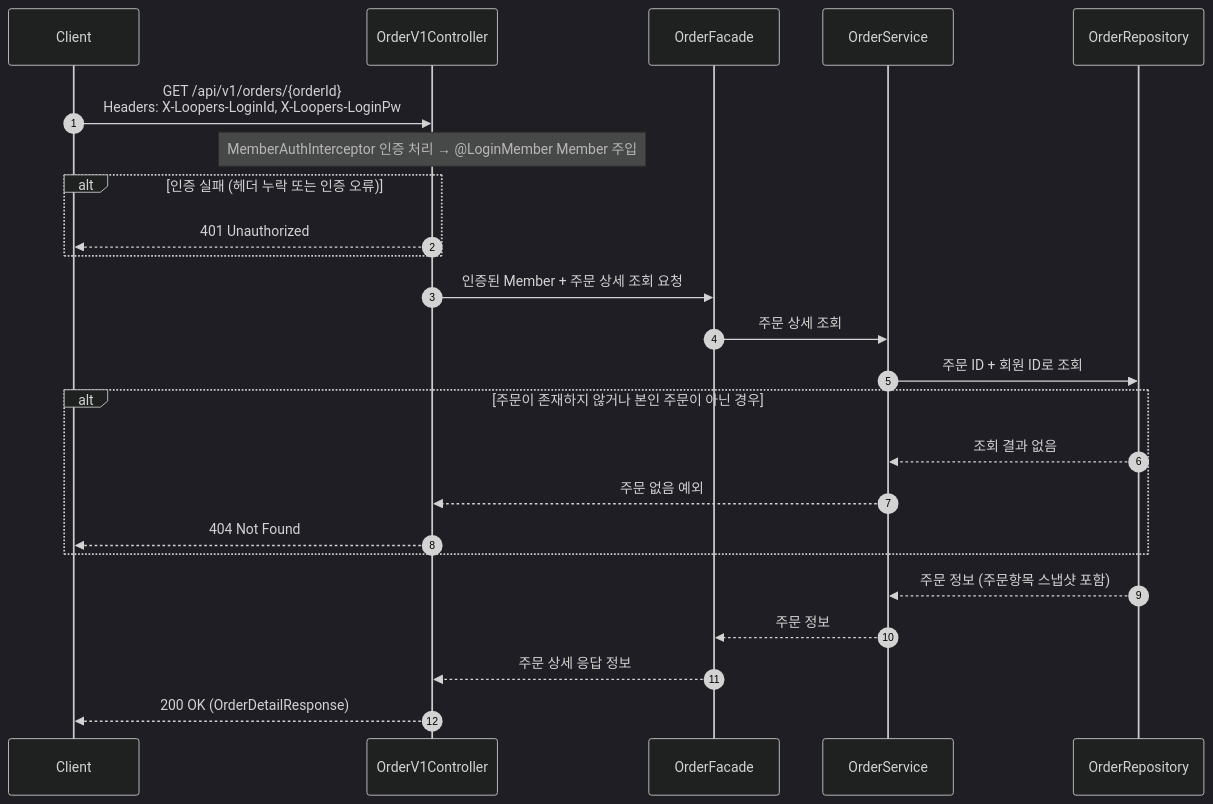
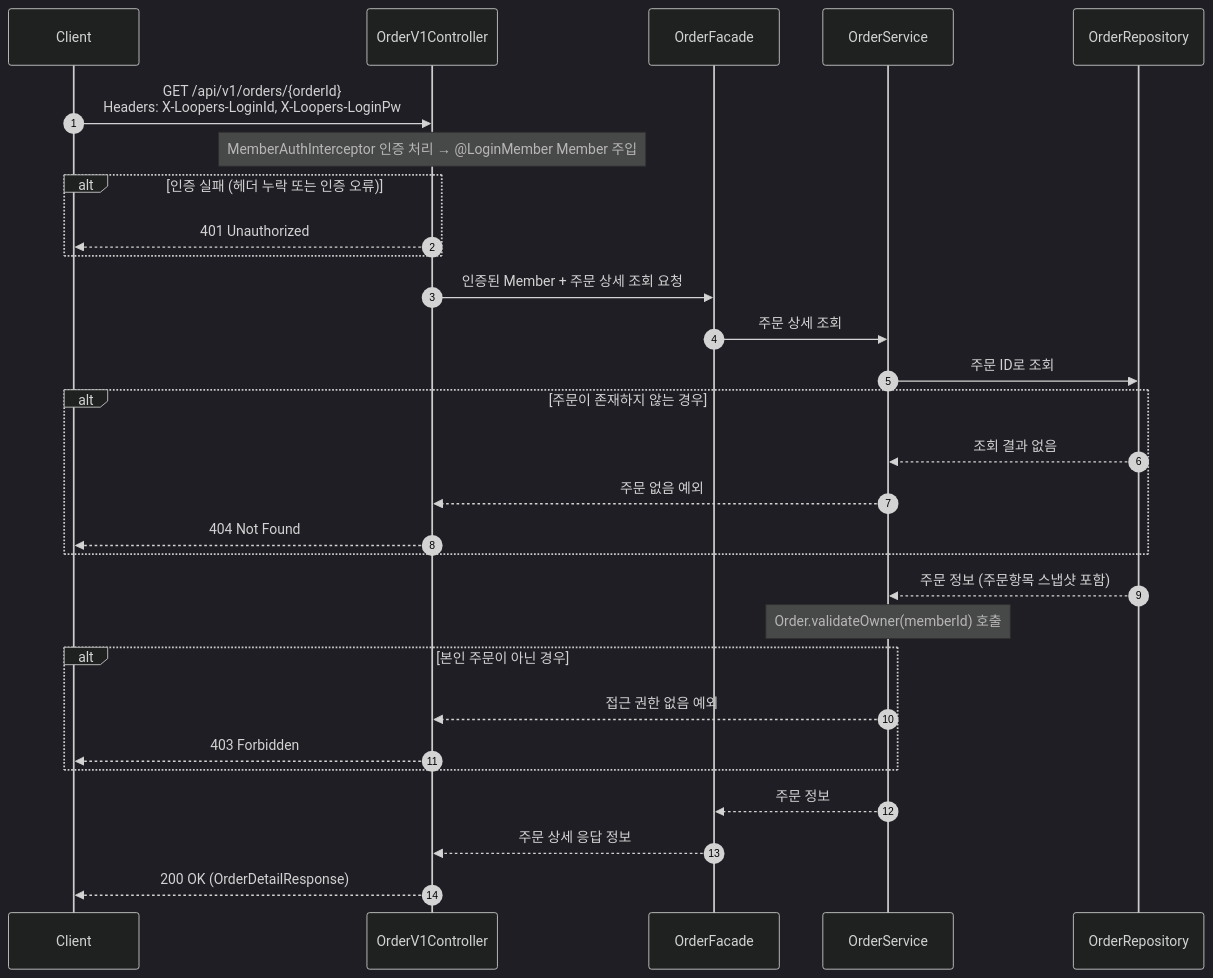
The tenth of 20 diagrams in docs/design/02-sequence-diagrams.md (jsj1215/loop-pack-be-l2-vol3-java), drawn with Mermaid (dark theme) before and after one commit. The commit also changed other lines of this file and 3 other files, not shown here.

````diff
--- a/docs/design/02-sequence-diagrams.md
+++ b/docs/design/02-sequence-diagrams.md
@@ -449,31 +449,38 @@
 ```mermaid
 sequenceDiagram
     autonumber
     participant Client
     participant Controller as OrderV1Controller
     participant Facade as OrderFacade
     participant OrderService as OrderService
     participant OrderRepository as OrderRepository
 
     Client->>Controller: GET /api/v1/orders/{orderId}<br/>Headers: X-Loopers-LoginId, X-Loopers-LoginPw
 
     Note over Controller: MemberAuthInterceptor 인증 처리 → @LoginMember Member 주입
     alt 인증 실패 (헤더 누락 또는 인증 오류)
         Controller-->>Client: 401 Unauthorized
     end
 
     Controller->>Facade: 인증된 Member + 주문 상세 조회 요청
     Facade->>OrderService: 주문 상세 조회
-    OrderService->>OrderRepository: 주문 ID + 회원 ID로 조회
+    OrderService->>OrderRepository: 주문 ID로 조회
 
-    alt 주문이 존재하지 않거나 본인 주문이 아닌 경우
+    alt 주문이 존재하지 않는 경우
         OrderRepository-->>OrderService: 조회 결과 없음
         OrderService-->>Controller: 주문 없음 예외
         Controller-->>Client: 404 Not Found
     end
 
     OrderRepository-->>OrderService: 주문 정보 (주문항목 스냅샷 포함)
+
+    Note over OrderService: Order.validateOwner(memberId) 호출
+    alt 본인 주문이 아닌 경우
+        OrderService-->>Controller: 접근 권한 없음 예외
+        Controller-->>Client: 403 Forbidden
+    end
+
     OrderService-->>Facade: 주문 정보
     Facade-->>Controller: 주문 상세 응답 정보
     Controller-->>Client: 200 OK (OrderDetailResponse)
 ```
````
